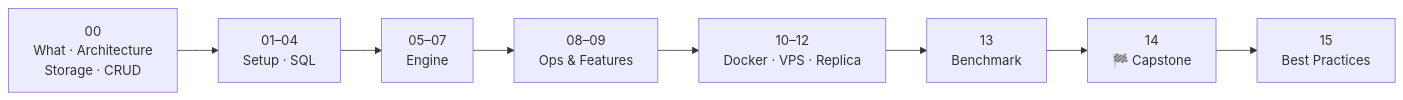
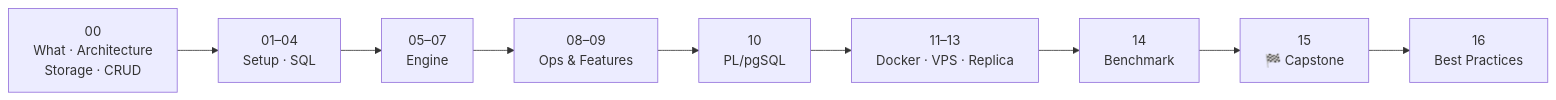
The first of 3 diagrams in README.md (wesamkhateeb98-creator/postgresql-zero-to-hero), drawn with Mermaid before and after one commit. The commit also changed other lines of this file and 33 other files, not shown here.

First line of the commit message:
Add PL/pgSQL phase, rework architecture/storage/CRUD docs

````diff
--- a/README.md
+++ b/README.md
@@ -7,5 +7,5 @@
 ```mermaid
 flowchart LR
     I["00<br/>What · Architecture<br/>Storage · CRUD"] --> A["01–04<br/>Setup · SQL"] --> B["05–07<br/>Engine"] --> C["08–09<br/>Ops & Features"]
-    C --> D["10–12<br/>Docker · VPS · Replica"] --> E["13<br/>Benchmark"] --> F["14<br/>🏁 Capstone"] --> G["15<br/>Best Practices"]
+    C --> D["10<br/>PL/pgSQL"] --> D2["11–13<br/>Docker · VPS · Replica"] --> E["14<br/>Benchmark"] --> F["15<br/>🏁 Capstone"] --> G["16<br/>Best Practices"]
 ```
````
